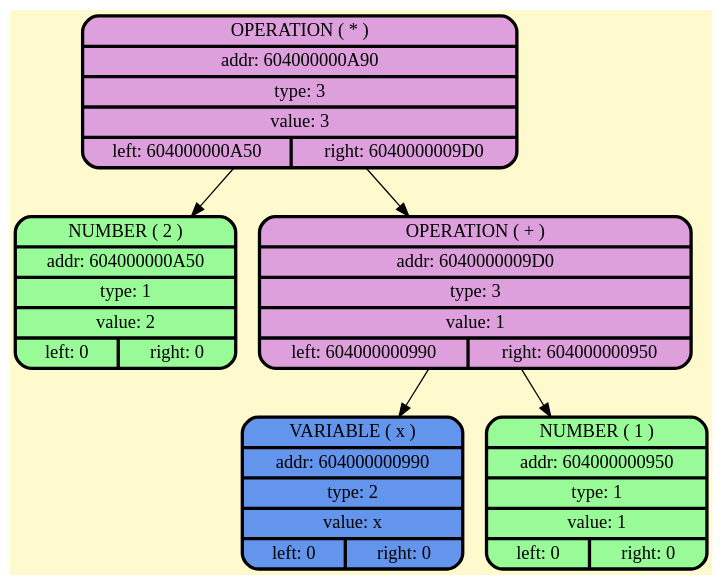
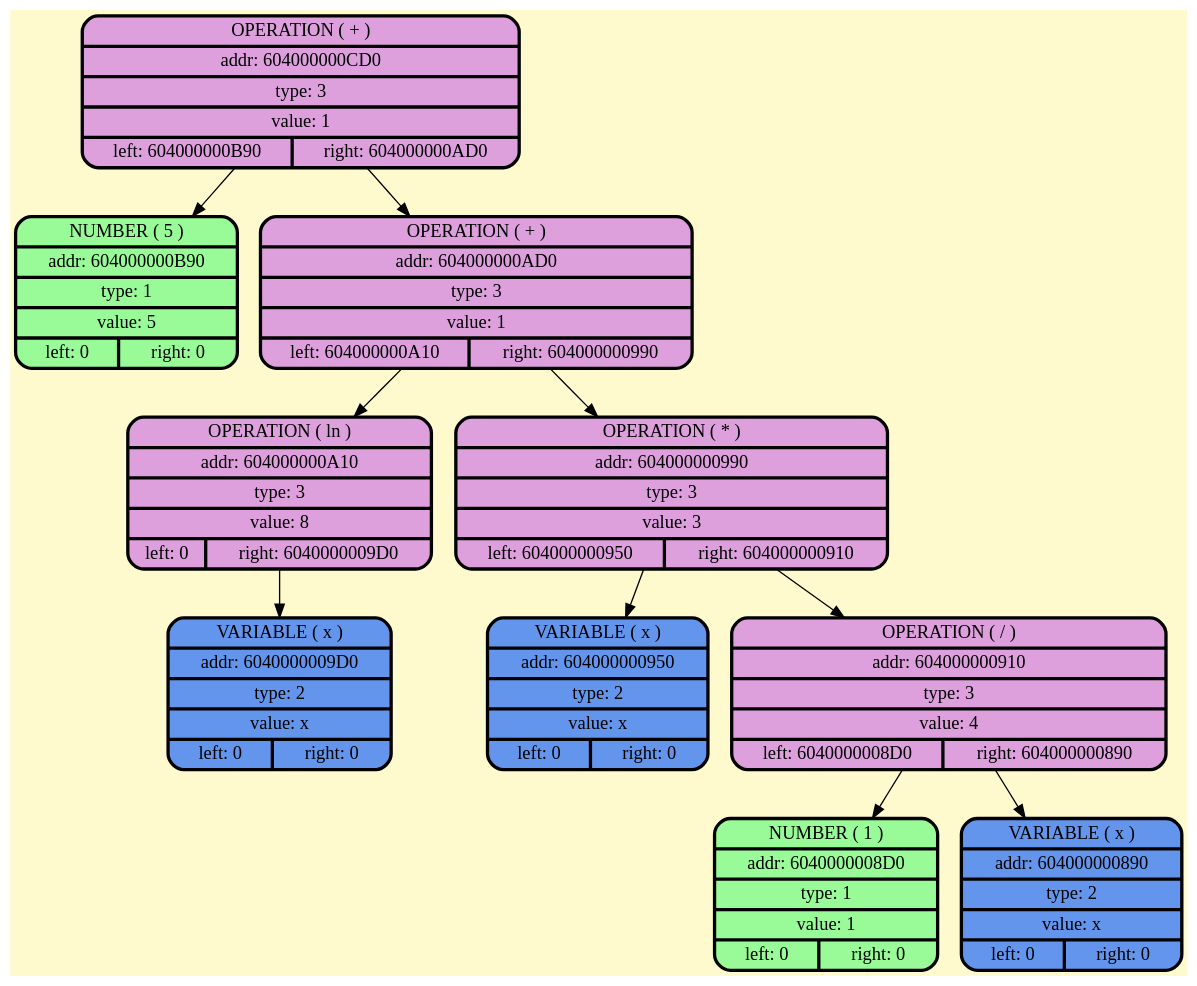
Before and after one commit to BulgakovDmitry/differentiator: the diagram in dumpGraph/derivSimpl.gv, drawn with Graphviz. The commit also changed 18 other files, not shown here.

```diff
--- a/dumpGraph/derivSimpl.gv
+++ b/dumpGraph/derivSimpl.gv
@@ -1,14 +1,24 @@
 digraph G {
     node [style=filled, fontcolor=darkblue, fillcolor=peachpuff, color="#252A34", penwidth=2.5];
     bgcolor="lemonchiffon";
 
-node_0x604000000a90 [shape=Mrecord; style = filled; fillcolor=plum; color = "#000000"; fontcolor = "#000000";label=" {OPERATION ( * ) | addr: 604000000A90 | type: 3 | value: 3 | {left: 604000000A50 | right: 6040000009D0}} "];
-    node_0x604000000a50 [shape=Mrecord; style = filled; fillcolor = palegreen; color = "#000000"; fontcolor = "#000000";  label="  {NUMBER ( 2 )| addr: 604000000A50 | type: 1| value: 2 | {left: 0 | right: 0}} "];
-node_0x6040000009d0 [shape=Mrecord; style = filled; fillcolor=plum; color = "#000000"; fontcolor = "#000000";label=" {OPERATION ( + ) | addr: 6040000009D0 | type: 3 | value: 1 | {left: 604000000990 | right: 604000000950}} "];
-    node_0x604000000990 [shape=Mrecord; style = filled; fillcolor = cornflowerblue; color = "#000000"; fontcolor = "#000000";  label="  {VARIABLE ( x )| addr: 604000000990 | type: 2| value: x | {left: 0 | right: 0}} "];
-    node_0x604000000950 [shape=Mrecord; style = filled; fillcolor = palegreen; color = "#000000"; fontcolor = "#000000";  label="  {NUMBER ( 1 )| addr: 604000000950 | type: 1| value: 1 | {left: 0 | right: 0}} "];
-    node_0x604000000a90 -> node_0x604000000a50;
-    node_0x604000000a90 -> node_0x6040000009d0;
-    node_0x6040000009d0 -> node_0x604000000990;
-    node_0x6040000009d0 -> node_0x604000000950;
+node_0x604000000cd0 [shape=Mrecord; style = filled; fillcolor=plum; color = "#000000"; fontcolor = "#000000";label=" {OPERATION ( + ) | addr: 604000000CD0 | type: 3 | value: 1 | {left: 604000000B90 | right: 604000000AD0}} "];
+    node_0x604000000b90 [shape=Mrecord; style = filled; fillcolor = palegreen; color = "#000000"; fontcolor = "#000000";  label="  {NUMBER ( 5 )| addr: 604000000B90 | type: 1| value: 5 | {left: 0 | right: 0}} "];
+node_0x604000000ad0 [shape=Mrecord; style = filled; fillcolor=plum; color = "#000000"; fontcolor = "#000000";label=" {OPERATION ( + ) | addr: 604000000AD0 | type: 3 | value: 1 | {left: 604000000A10 | right: 604000000990}} "];
+node_0x604000000a10 [shape=Mrecord; style = filled; fillcolor=plum; color = "#000000"; fontcolor = "#000000";label=" {OPERATION ( ln ) | addr: 604000000A10 | type: 3 | value: 8 | {left: 0 | right: 6040000009D0}} "];
+    node_0x6040000009d0 [shape=Mrecord; style = filled; fillcolor = cornflowerblue; color = "#000000"; fontcolor = "#000000";  label="  {VARIABLE ( x )| addr: 6040000009D0 | type: 2| value: x | {left: 0 | right: 0}} "];
+node_0x604000000990 [shape=Mrecord; style = filled; fillcolor=plum; color = "#000000"; fontcolor = "#000000";label=" {OPERATION ( * ) | addr: 604000000990 | type: 3 | value: 3 | {left: 604000000950 | right: 604000000910}} "];
+    node_0x604000000950 [shape=Mrecord; style = filled; fillcolor = cornflowerblue; color = "#000000"; fontcolor = "#000000";  label="  {VARIABLE ( x )| addr: 604000000950 | type: 2| value: x | {left: 0 | right: 0}} "];
+node_0x604000000910 [shape=Mrecord; style = filled; fillcolor=plum; color = "#000000"; fontcolor = "#000000";label=" {OPERATION ( / ) | addr: 604000000910 | type: 3 | value: 4 | {left: 6040000008D0 | right: 604000000890}} "];
+    node_0x6040000008d0 [shape=Mrecord; style = filled; fillcolor = palegreen; color = "#000000"; fontcolor = "#000000";  label="  {NUMBER ( 1 )| addr: 6040000008D0 | type: 1| value: 1 | {left: 0 | right: 0}} "];
+    node_0x604000000890 [shape=Mrecord; style = filled; fillcolor = cornflowerblue; color = "#000000"; fontcolor = "#000000";  label="  {VARIABLE ( x )| addr: 604000000890 | type: 2| value: x | {left: 0 | right: 0}} "];
+    node_0x604000000cd0 -> node_0x604000000b90;
+    node_0x604000000cd0 -> node_0x604000000ad0;
+    node_0x604000000ad0 -> node_0x604000000a10;
+    node_0x604000000a10 -> node_0x6040000009d0;
+    node_0x604000000ad0 -> node_0x604000000990;
+    node_0x604000000990 -> node_0x604000000950;
+    node_0x604000000990 -> node_0x604000000910;
+    node_0x604000000910 -> node_0x6040000008d0;
+    node_0x604000000910 -> node_0x604000000890;
 }
```
